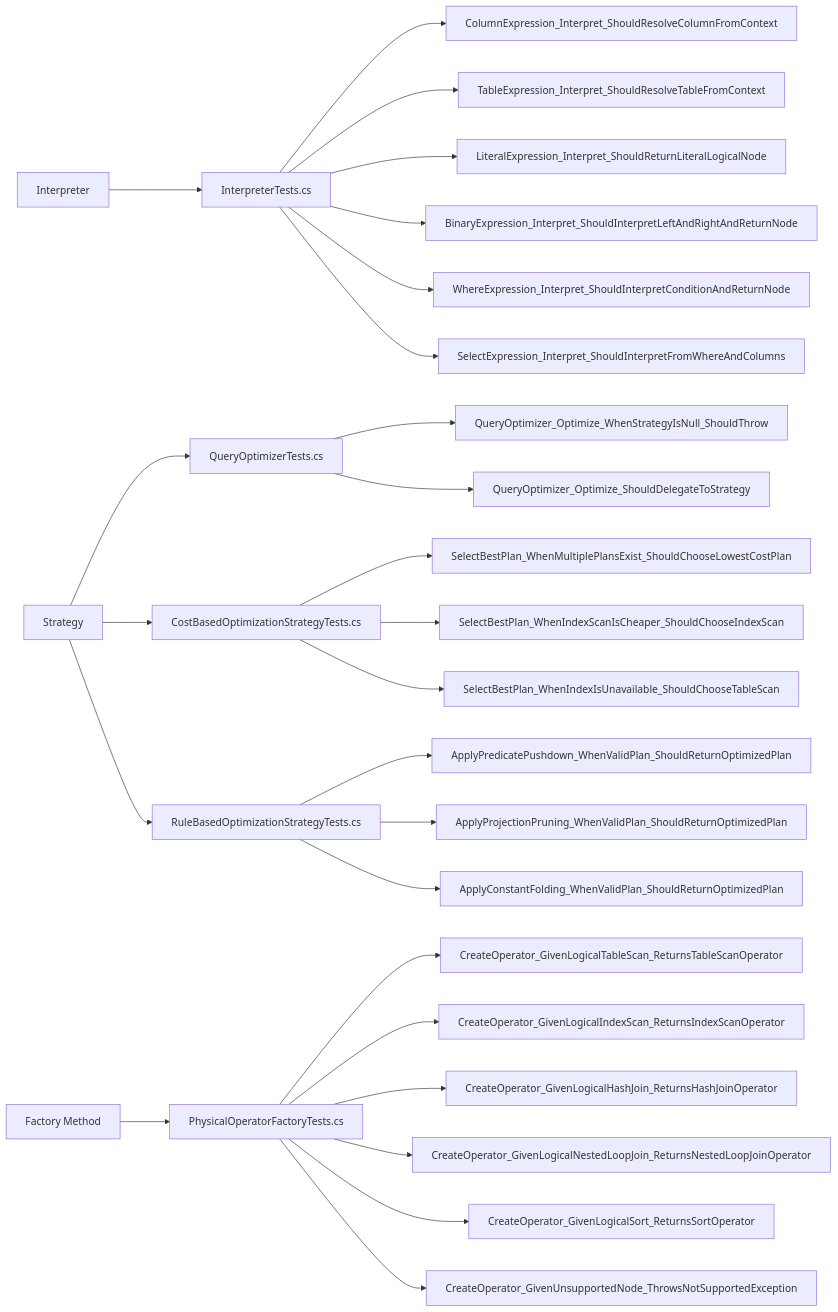
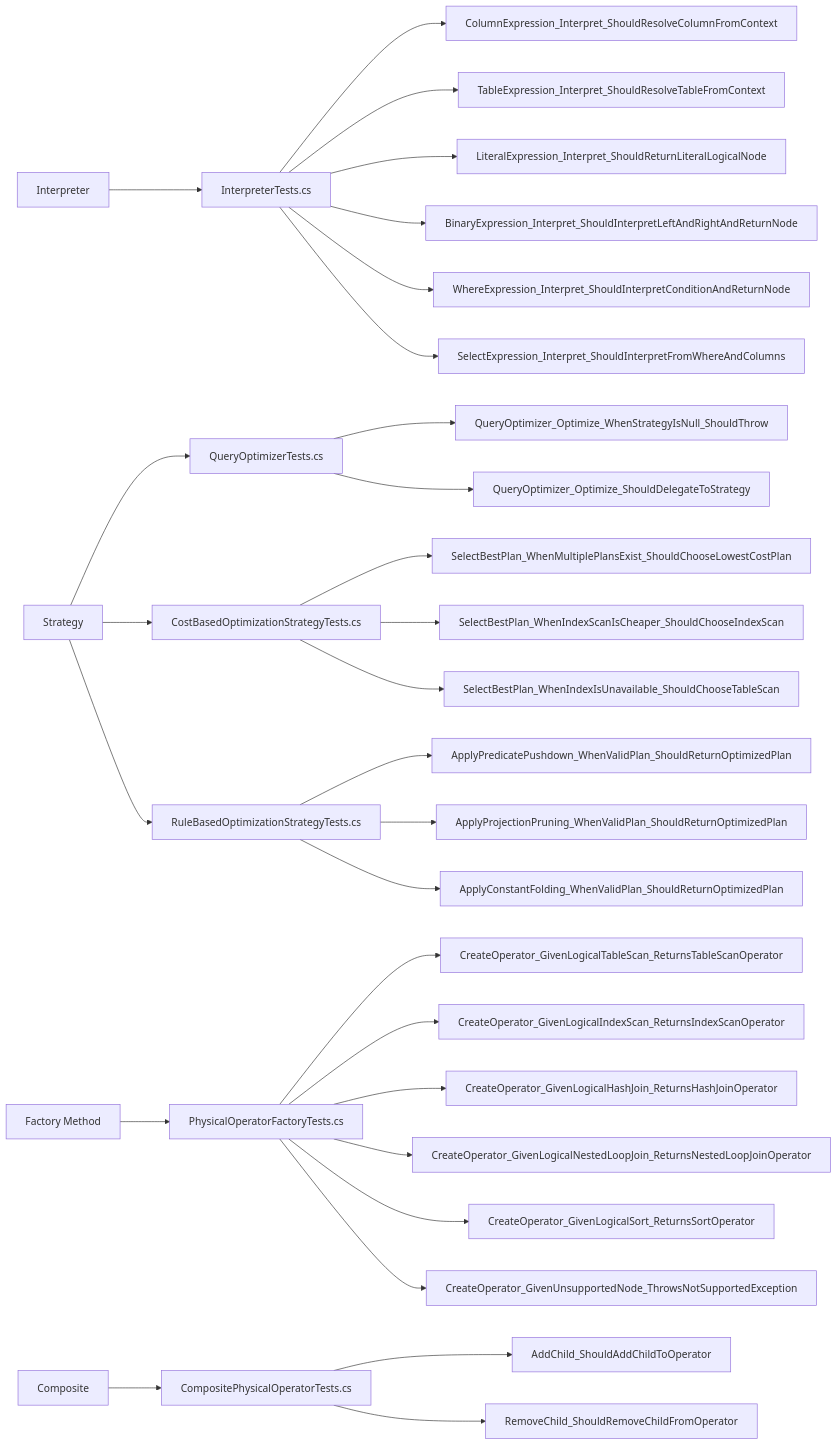
One commit to manaxpow/DBMS changed the fourth of 4 diagrams in docs/design-patterns/README.md. Above: the diagram before and after it, drawn with Mermaid. The commit also changed other lines of this file and 8 other files, not shown here.

Commit message:
Implement Composite for Physical Plan Tree

````diff
--- a/docs/design-patterns/README.md
+++ b/docs/design-patterns/README.md
@@ -459,49 +459,58 @@
 ```mermaid
 flowchart LR
 
     %% =========================================================
     %% Interpreter Files & Methods
     %% =========================================================
     Interpreter["Interpreter"]
     
     Interpreter --> Int_IT["InterpreterTests.cs"]
     Int_IT --> Int_IT_1["ColumnExpression_Interpret_ShouldResolveColumnFromContext"]
     Int_IT --> Int_IT_2["TableExpression_Interpret_ShouldResolveTableFromContext"]
     Int_IT --> Int_IT_3["LiteralExpression_Interpret_ShouldReturnLiteralLogicalNode"]
     Int_IT --> Int_IT_4["BinaryExpression_Interpret_ShouldInterpretLeftAndRightAndReturnNode"]
     Int_IT --> Int_IT_5["WhereExpression_Interpret_ShouldInterpretConditionAndReturnNode"]
     Int_IT --> Int_IT_6["SelectExpression_Interpret_ShouldInterpretFromWhereAndColumns"]
 
     %% =========================================================
     %% Strategy Files & Methods
     %% =========================================================
     Strategy["Strategy"]
     
     Strategy --> Str_QO["QueryOptimizerTests.cs"]
     Str_QO --> Str_QO_1["QueryOptimizer_Optimize_WhenStrategyIsNull_ShouldThrow"]
     Str_QO --> Str_QO_2["QueryOptimizer_Optimize_ShouldDelegateToStrategy"]
 
     Strategy --> Str_CB["CostBasedOptimizationStrategyTests.cs"]
     Str_CB --> Str_CB_1["SelectBestPlan_WhenMultiplePlansExist_ShouldChooseLowestCostPlan"]
     Str_CB --> Str_CB_2["SelectBestPlan_WhenIndexScanIsCheaper_ShouldChooseIndexScan"]
     Str_CB --> Str_CB_3["SelectBestPlan_WhenIndexIsUnavailable_ShouldChooseTableScan"]
 
     Strategy --> Str_RB["RuleBasedOptimizationStrategyTests.cs"]
     Str_RB --> Str_RB_1["ApplyPredicatePushdown_WhenValidPlan_ShouldReturnOptimizedPlan"]
     Str_RB --> Str_RB_2["ApplyProjectionPruning_WhenValidPlan_ShouldReturnOptimizedPlan"]
     Str_RB --> Str_RB_3["ApplyConstantFolding_WhenValidPlan_ShouldReturnOptimizedPlan"]
 
     %% =========================================================
     %% Factory Method Files & Methods
     %% =========================================================
     FactoryMethod["Factory Method"]
     
     FactoryMethod --> FM_POFT["PhysicalOperatorFactoryTests.cs"]
     FM_POFT --> FM_POFT_1["CreateOperator_GivenLogicalTableScan_ReturnsTableScanOperator"]
     FM_POFT --> FM_POFT_2["CreateOperator_GivenLogicalIndexScan_ReturnsIndexScanOperator"]
     FM_POFT --> FM_POFT_3["CreateOperator_GivenLogicalHashJoin_ReturnsHashJoinOperator"]
     FM_POFT --> FM_POFT_4["CreateOperator_GivenLogicalNestedLoopJoin_ReturnsNestedLoopJoinOperator"]
     FM_POFT --> FM_POFT_5["CreateOperator_GivenLogicalSort_ReturnsSortOperator"]
     FM_POFT --> FM_POFT_6["CreateOperator_GivenUnsupportedNode_ThrowsNotSupportedException"]
 
+    %% =========================================================
+    %% Composite Files & Methods
+    %% =========================================================
+    Composite["Composite"]
+    
+    Composite --> Comp_PO["CompositePhysicalOperatorTests.cs"]
+    Comp_PO --> Comp_PO_1["AddChild_ShouldAddChildToOperator"]
+    Comp_PO --> Comp_PO_2["RemoveChild_ShouldRemoveChildFromOperator"]
+
 ```
````
